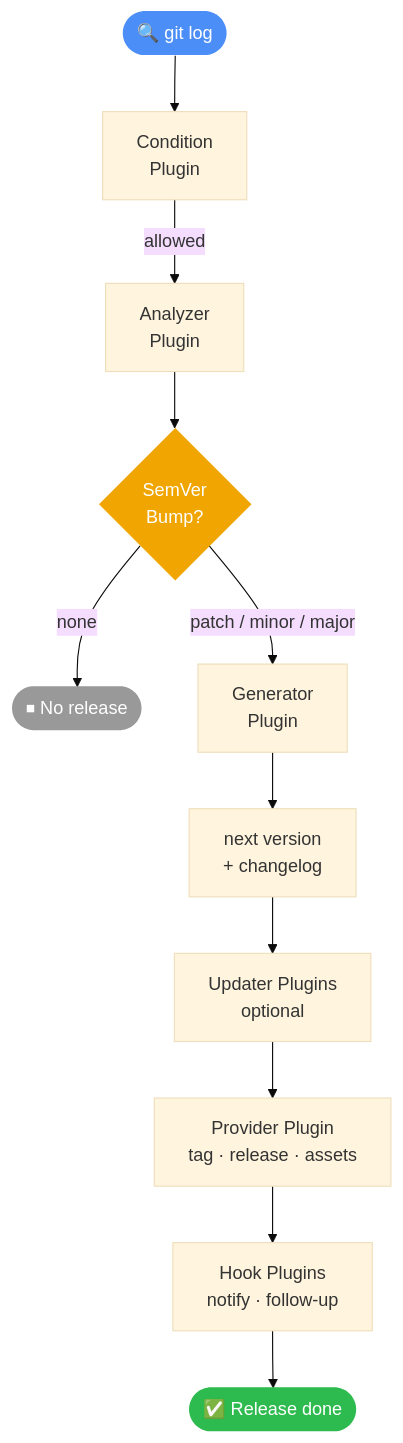
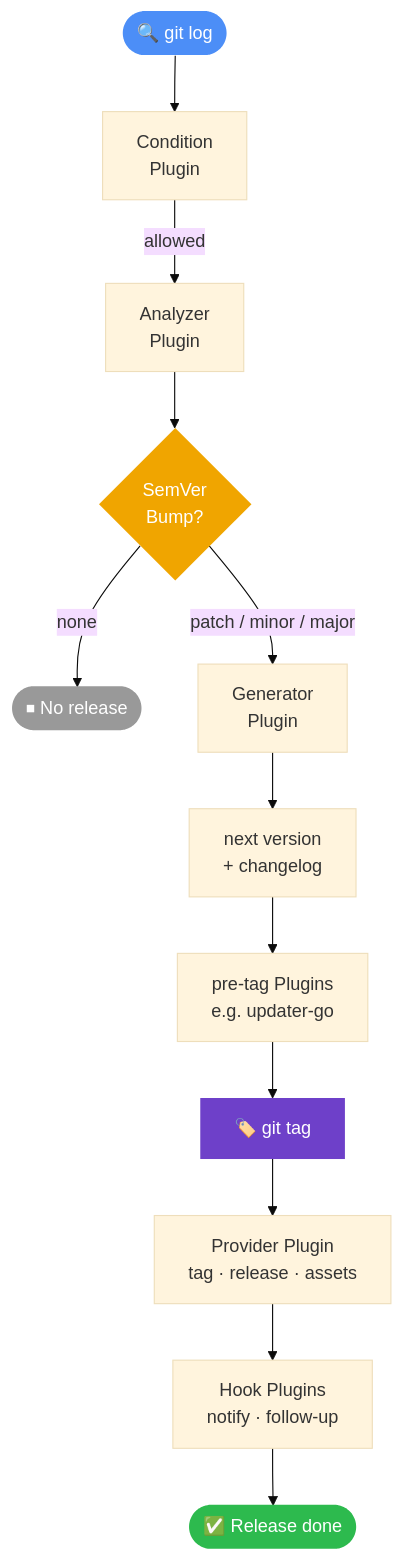
Before and after one commit to GoSemantics/semrel-docs: the diagram in src/content/docs/getting-started/introduction.mdx, drawn with Mermaid (base theme). The commit also changed 2 other files, not shown here.

Commit message:
docs: remove outdated early-development notices
- quick-start: replace 'not yet wired up' caution with --dry-run tip
- examples: remove 'under active development' note, link to SemRels org
- introduction: update pipeline diagram to show pre-tag phase (e.g. updater-go)

````diff
--- a/src/content/docs/getting-started/introduction.mdx
+++ b/src/content/docs/getting-started/introduction.mdx
@@ -38,18 +38,20 @@
 ```mermaid
 flowchart TD
     A([🔍 git log]) --> B[Condition\nPlugin]
     B -->|allowed| C[Analyzer\nPlugin]
     C --> D{SemVer\nBump?}
     D -->|none| E([⏹ No release])
     D -->|patch / minor / major| F[Generator\nPlugin]
     F --> G[next version\n+ changelog]
-    G --> H[Updater Plugins\noptional]
-    H --> I[Provider Plugin\ntag · release · assets]
-    I --> J[Hook Plugins\nnotify · follow-up]
-    J --> K([✅ Release done])
+    G --> H[pre-tag Plugins\ne.g. updater-go]
+    H --> I[🏷️ git tag]
+    I --> J[Provider Plugin\ntag · release · assets]
+    J --> K[Hook Plugins\nnotify · follow-up]
+    K --> L([✅ Release done])
 
     style A fill:#4c8ef7,color:#fff,stroke:none
     style E fill:#999,color:#fff,stroke:none
-    style K fill:#2dba4e,color:#fff,stroke:none
+    style L fill:#2dba4e,color:#fff,stroke:none
     style D fill:#f0a500,color:#fff,stroke:none
+    style I fill:#6e40c9,color:#fff,stroke:none
 ```
````
